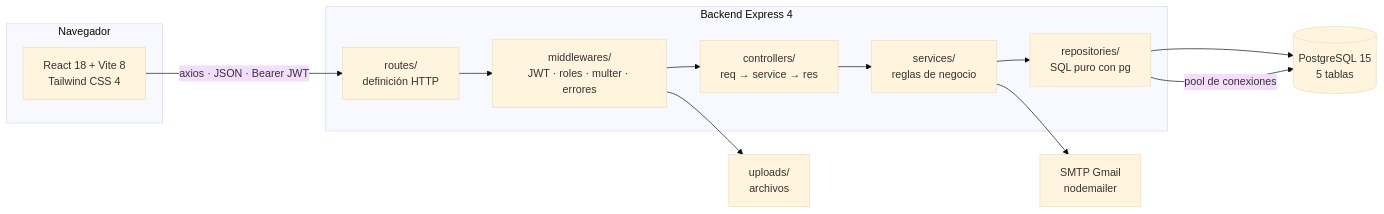
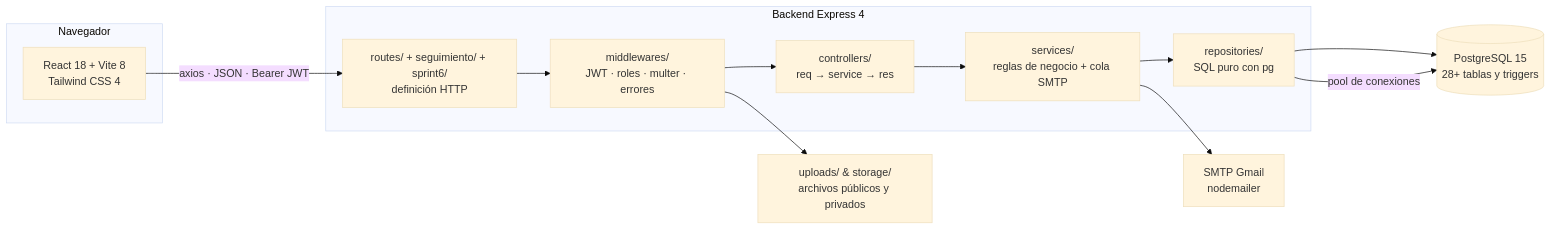
One commit to T-T-MoY/Sistema_de_Donaciones_y_Voluntarios changed the first of 2 diagrams in README.md. Above: the diagram before and after it, drawn with Mermaid (base theme). The commit also changed other lines of this file and 3 other files, not shown here.

````diff
--- a/README.md
+++ b/README.md
@@ -273,24 +241,24 @@
 ```mermaid
 flowchart LR
     subgraph Browser["Navegador"]
         UI["React 18 + Vite 8<br/>Tailwind CSS 4"]
     end
 
     subgraph API["Backend Express 4"]
-        R["routes/<br/>definición HTTP"]
+        R["routes/ + seguimiento/ + sprint6/<br/>definición HTTP"]
         M["middlewares/<br/>JWT · roles · multer · errores"]
         C["controllers/<br/>req → service → res"]
-        S["services/<br/>reglas de negocio"]
+        S["services/<br/>reglas de negocio + cola SMTP"]
         REP["repositories/<br/>SQL puro con pg"]
     end
 
-    DB[("PostgreSQL 15<br/>5 tablas")]
-    FS["uploads/<br/>archivos"]
+    DB[("PostgreSQL 15<br/>28+ tablas y triggers")]
+    FS["uploads/ & storage/<br/>archivos públicos y privados"]
     MAIL["SMTP Gmail<br/>nodemailer"]
 
     UI -->|"axios · JSON · Bearer JWT"| R
     R --> M --> C --> S --> REP --> DB
     S --> MAIL
     M --> FS
     REP -->|"pool de conexiones"| DB
 ```
````
